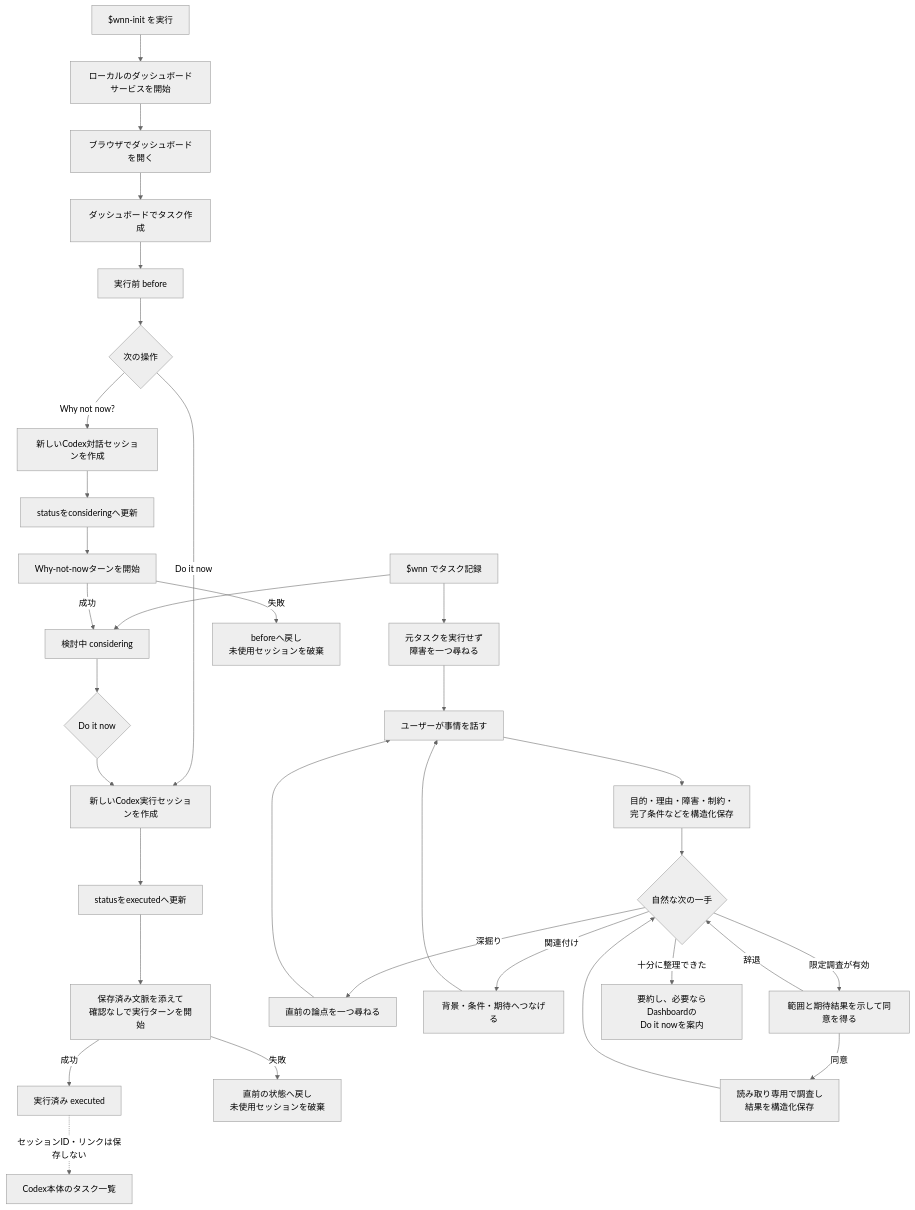
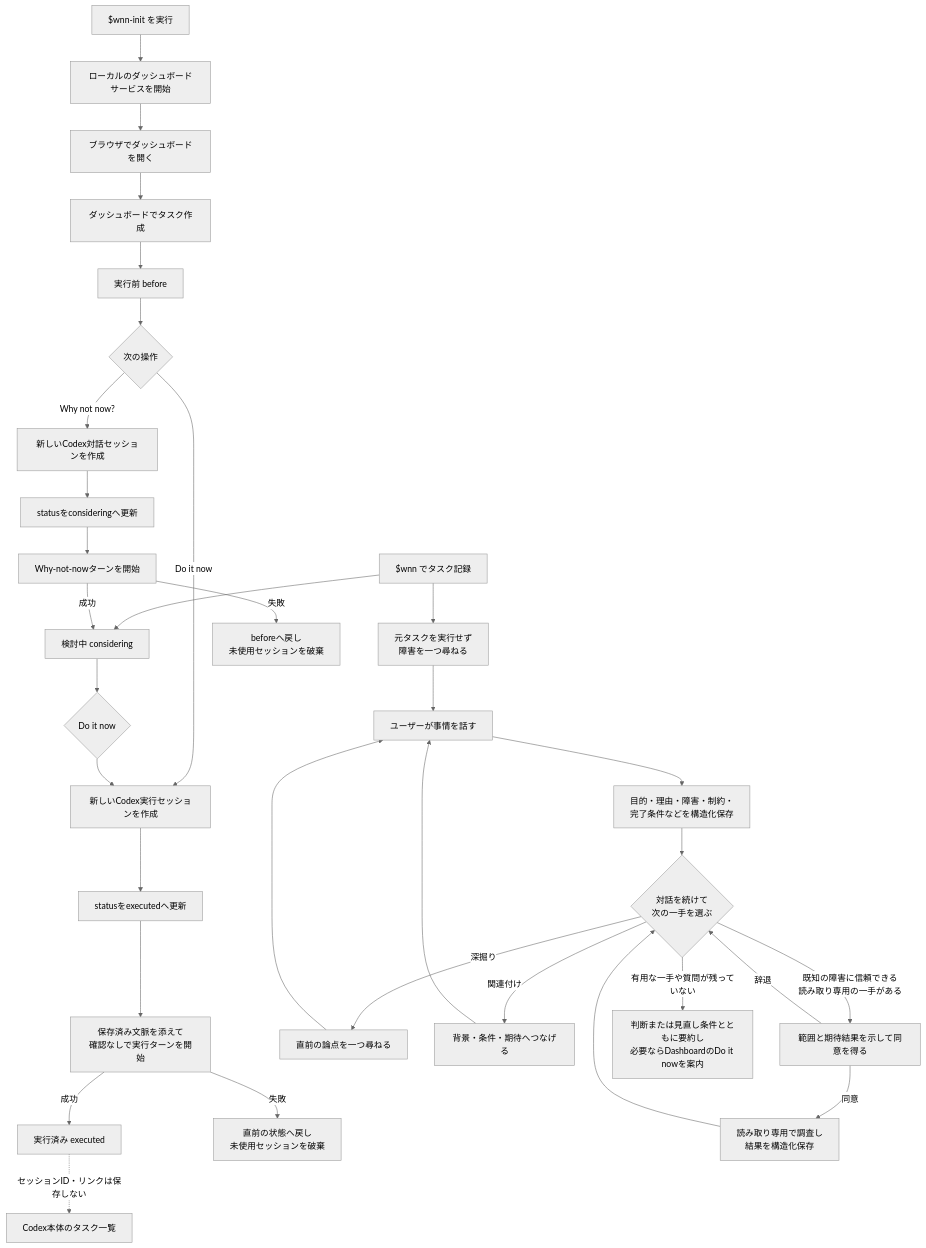
Before and after one commit to Ghaos/WhyNotNow: the diagram in docs/ja/dialogue-flowchart-ja.md, drawn with Mermaid (neutral theme). The commit also changed 7 other files, not shown here.

````diff
--- a/docs/ja/dialogue-flowchart-ja.md
+++ b/docs/ja/dialogue-flowchart-ja.md
@@ -5,39 +5,39 @@
 ```mermaid
 flowchart TD
     Z["$wnn-init を実行"] --> ZA["ローカルのダッシュボードサービスを開始"]
     ZA --> ZB["ブラウザでダッシュボードを開く"]
     ZB --> A
     A["ダッシュボードでタスク作成"] --> B["実行前 before"]
     C["$wnn でタスク記録"] --> D["検討中 considering"]
     C --> Q["元タスクを実行せず<br/>障害を一つ尋ねる"]
 
     B --> E{"次の操作"}
     E -->|"Why not now?"| F["新しいCodex対話セッションを作成"]
     F --> G["statusをconsideringへ更新"]
     G --> H["Why-not-nowターンを開始"]
     H -->|"成功"| D
     H -->|"失敗"| R1["beforeへ戻し<br/>未使用セッションを破棄"]
 
     E -->|"Do it now"| I["新しいCodex実行セッションを作成"]
     D --> J{"Do it now"}
     J --> I
     I --> K["statusをexecutedへ更新"]
     K --> L["保存済み文脈を添えて<br/>確認なしで実行ターンを開始"]
     L -->|"成功"| M["実行済み executed"]
     L -->|"失敗"| R2["直前の状態へ戻し<br/>未使用セッションを破棄"]
 
     Q --> N["ユーザーが事情を話す"]
     N --> O["目的・理由・障害・制約・<br/>完了条件などを構造化保存"]
-    O --> P{"自然な次の一手"}
+    O --> P{"対話を続けて<br/>次の一手を選ぶ"}
     P -->|"深掘り"| Q2["直前の論点を一つ尋ねる"]
     Q2 --> N
     P -->|"関連付け"| Q3["背景・条件・期待へつなげる"]
     Q3 --> N
-    P -->|"限定調査が有効"| S["範囲と期待結果を示して同意を得る"]
+    P -->|"既知の障害に信頼できる<br/>読み取り専用の一手がある"| S["範囲と期待結果を示して同意を得る"]
     S -->|"同意"| T["読み取り専用で調査し<br/>結果を構造化保存"]
     T --> P
     S -->|"辞退"| P
-    P -->|"十分に整理できた"| U["要約し、必要ならDashboardの<br/>Do it nowを案内"]
+    P -->|"有用な一手や質問が残っていない"| U["判断または見直し条件とともに要約し<br/>必要ならDashboardのDo it nowを案内"]
 
     M -. "セッションID・リンクは保存しない" .-> V["Codex本体のタスク一覧"]
 ```
````
